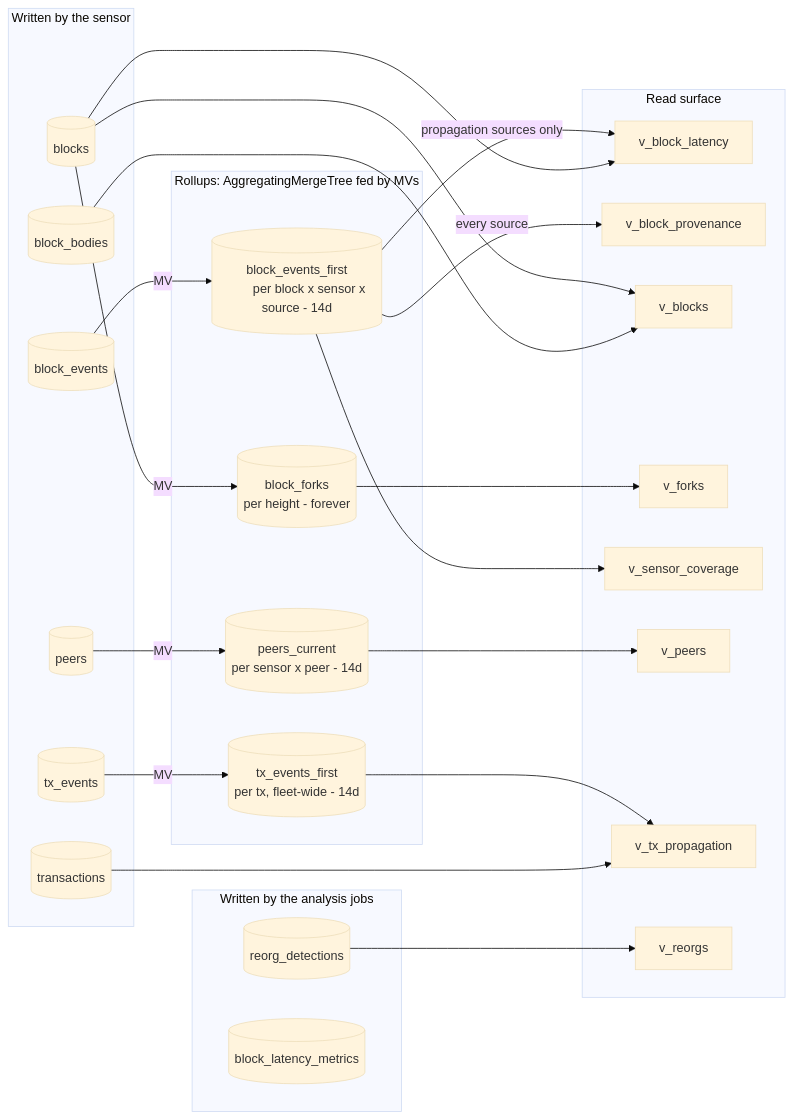
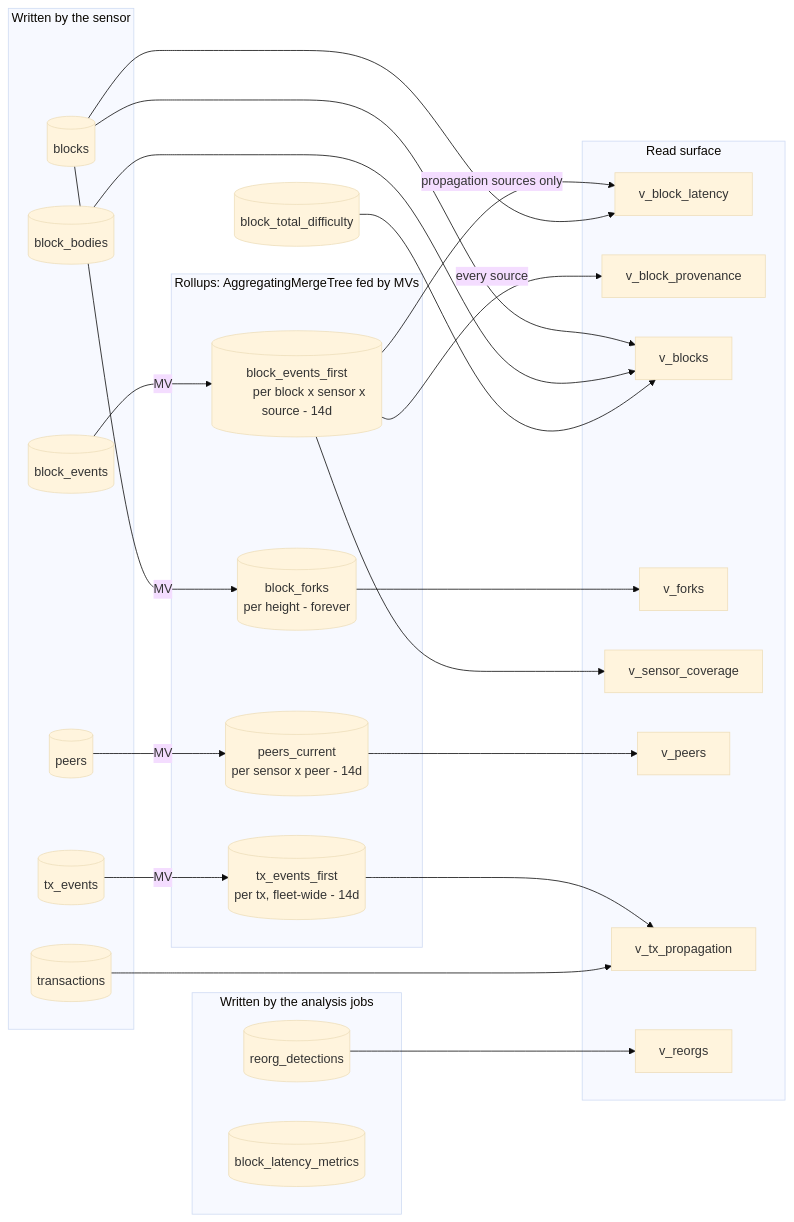
Before and after one commit to 0xPolygon/polygon-cli: the second of 3 diagrams in cmd/p2p/sensor/clickhouse.md, drawn with Mermaid (base theme). The commit also changed other lines of this file, not shown here.

First line of the commit message:
docs(p2p/sensor): finish the block_total_difficulty documentation

````diff
--- a/cmd/p2p/sensor/clickhouse.md
+++ b/cmd/p2p/sensor/clickhouse.md
@@ -239,55 +239,56 @@
 ```mermaid
 flowchart LR
     subgraph sensor["Written by the sensor"]
         BS[(block_events)]
         TS[(tx_events)]
         PS[(peers)]
         BL[(blocks)]
         BB[(block_bodies)]
         TX[(transactions)]
     end
 
     subgraph jobs["Written by the analysis jobs"]
         RD[(reorg_detections)]
         BLM[(block_latency_metrics)]
     end
 
     subgraph rollups["Rollups: AggregatingMergeTree fed by MVs"]
         BSF[("block_events_first
         per block x sensor x source - 14d")]
         TSF[("tx_events_first
         per tx, fleet-wide - 14d")]
         BF[("block_forks
         per height - forever")]
         PC[("peers_current
         per sensor x peer - 14d")]
     end
 
     subgraph views["Read surface"]
         VBL[v_block_latency]
         VBP[v_block_provenance]
         VB[v_blocks]
         VF[v_forks]
         VSC[v_sensor_coverage]
         VP[v_peers]
         VTP[v_tx_propagation]
         VR[v_reorgs]
     end
 
     BS -->|MV| BSF
     TS -->|MV| TSF
     BL -->|MV| BF
     PS -->|MV| PC
 
     BSF -->|"propagation sources only"| VBL
     BL --> VBL
     BSF -->|"every source"| VBP
     BSF --> VSC
     BF --> VF
     PC --> VP
     TSF --> VTP
     TX --> VTP
     BL --> VB
     BB --> VB
+    BTD[(block_total_difficulty)] --> VB
     RD --> VR
 ```
````
